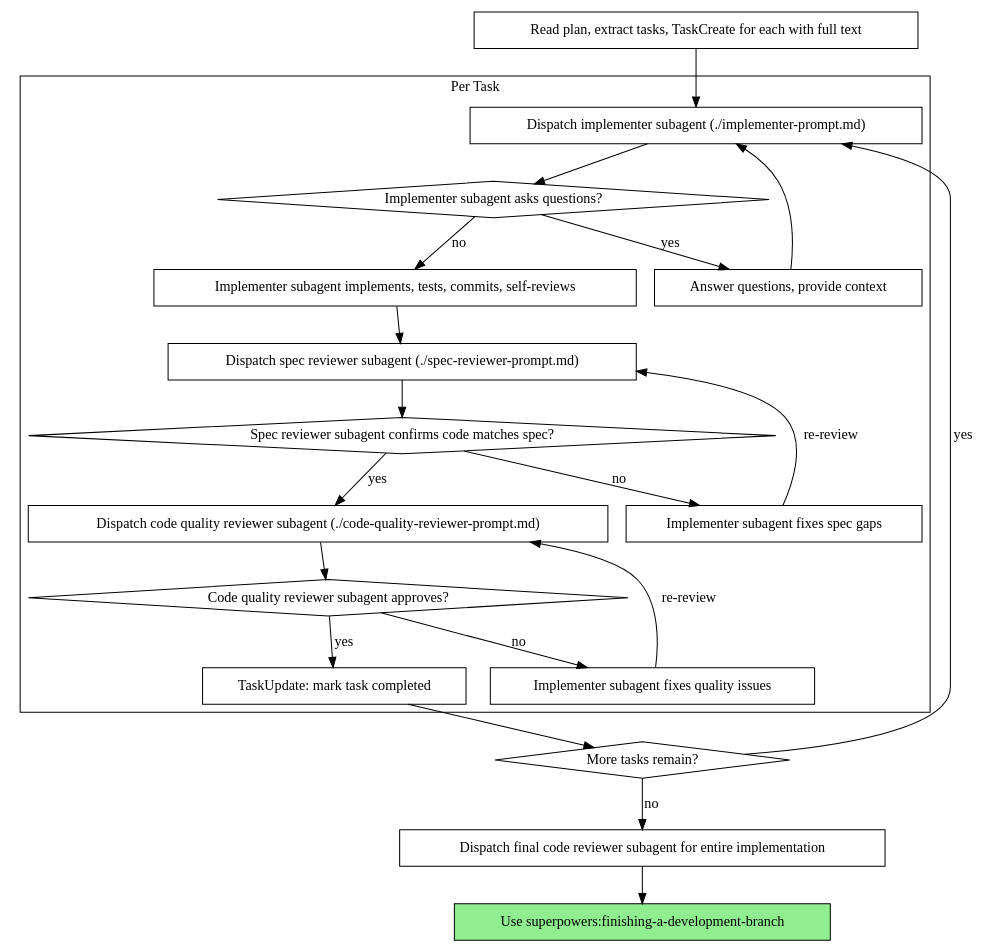
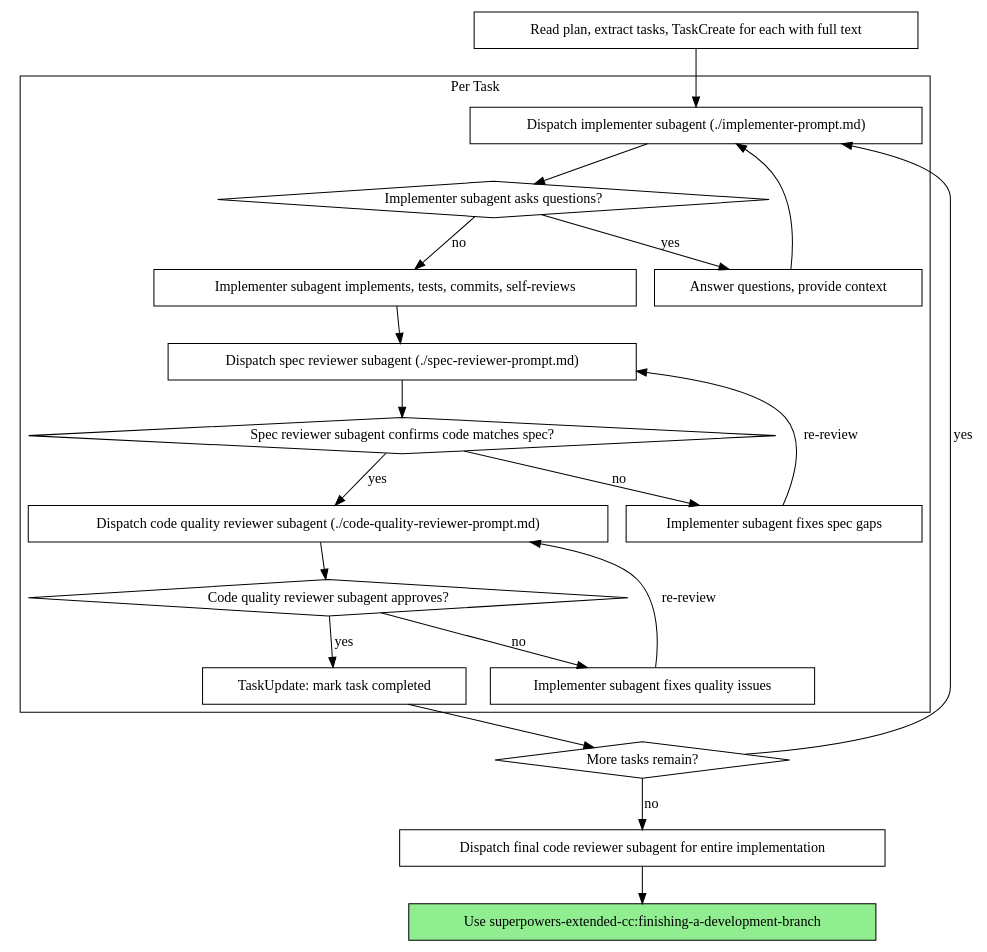
The second of 2 diagrams in skills/subagent-driven-development/SKILL.md (pcvelz/superpowers), drawn with Graphviz before and after one commit. The commit also changed other lines of this file and 10 other files, not shown here.

````diff
--- a/skills/subagent-driven-development/SKILL.md
+++ b/skills/subagent-driven-development/SKILL.md
@@ -40,44 +40,44 @@
 ```dot
 digraph process {
     rankdir=TB;
 
     subgraph cluster_per_task {
         label="Per Task";
         "Dispatch implementer subagent (./implementer-prompt.md)" [shape=box];
         "Implementer subagent asks questions?" [shape=diamond];
         "Answer questions, provide context" [shape=box];
         "Implementer subagent implements, tests, commits, self-reviews" [shape=box];
         "Dispatch spec reviewer subagent (./spec-reviewer-prompt.md)" [shape=box];
         "Spec reviewer subagent confirms code matches spec?" [shape=diamond];
         "Implementer subagent fixes spec gaps" [shape=box];
         "Dispatch code quality reviewer subagent (./code-quality-reviewer-prompt.md)" [shape=box];
         "Code quality reviewer subagent approves?" [shape=diamond];
         "Implementer subagent fixes quality issues" [shape=box];
         "TaskUpdate: mark task completed" [shape=box];
     }
 
     "Read plan, extract tasks, TaskCreate for each with full text" [shape=box];
     "More tasks remain?" [shape=diamond];
     "Dispatch final code reviewer subagent for entire implementation" [shape=box];
-    "Use superpowers:finishing-a-development-branch" [shape=box style=filled fillcolor=lightgreen];
+    "Use superpowers-extended-cc:finishing-a-development-branch" [shape=box style=filled fillcolor=lightgreen];
 
     "Read plan, extract tasks, TaskCreate for each with full text" -> "Dispatch implementer subagent (./implementer-prompt.md)";
     "Dispatch implementer subagent (./implementer-prompt.md)" -> "Implementer subagent asks questions?";
     "Implementer subagent asks questions?" -> "Answer questions, provide context" [label="yes"];
     "Answer questions, provide context" -> "Dispatch implementer subagent (./implementer-prompt.md)";
     "Implementer subagent asks questions?" -> "Implementer subagent implements, tests, commits, self-reviews" [label="no"];
     "Implementer subagent implements, tests, commits, self-reviews" -> "Dispatch spec reviewer subagent (./spec-reviewer-prompt.md)";
     "Dispatch spec reviewer subagent (./spec-reviewer-prompt.md)" -> "Spec reviewer subagent confirms code matches spec?";
     "Spec reviewer subagent confirms code matches spec?" -> "Implementer subagent fixes spec gaps" [label="no"];
     "Implementer subagent fixes spec gaps" -> "Dispatch spec reviewer subagent (./spec-reviewer-prompt.md)" [label="re-review"];
     "Spec reviewer subagent confirms code matches spec?" -> "Dispatch code quality reviewer subagent (./code-quality-reviewer-prompt.md)" [label="yes"];
     "Dispatch code quality reviewer subagent (./code-quality-reviewer-prompt.md)" -> "Code quality reviewer subagent approves?";
     "Code quality reviewer subagent approves?" -> "Implementer subagent fixes quality issues" [label="no"];
     "Implementer subagent fixes quality issues" -> "Dispatch code quality reviewer subagent (./code-quality-reviewer-prompt.md)" [label="re-review"];
     "Code quality reviewer subagent approves?" -> "TaskUpdate: mark task completed" [label="yes"];
     "TaskUpdate: mark task completed" -> "More tasks remain?";
     "More tasks remain?" -> "Dispatch implementer subagent (./implementer-prompt.md)" [label="yes"];
     "More tasks remain?" -> "Dispatch final code reviewer subagent for entire implementation" [label="no"];
-    "Dispatch final code reviewer subagent for entire implementation" -> "Use superpowers:finishing-a-development-branch";
+    "Dispatch final code reviewer subagent for entire implementation" -> "Use superpowers-extended-cc:finishing-a-development-branch";
 }
 ```
````
